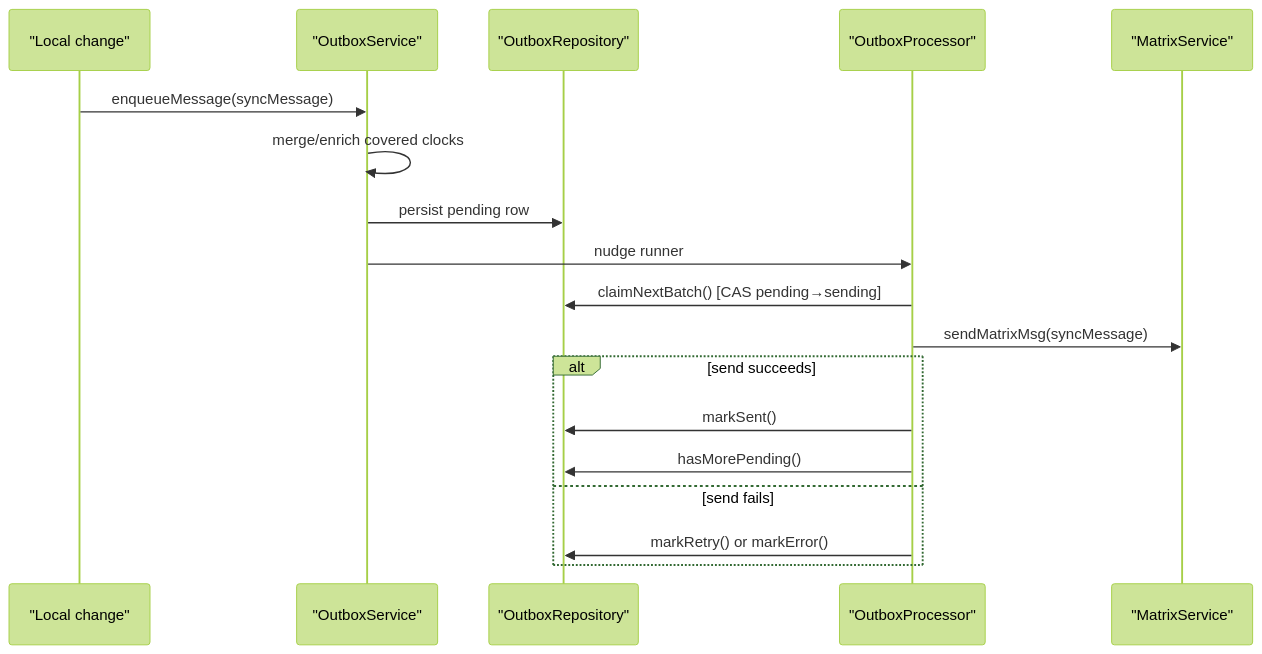
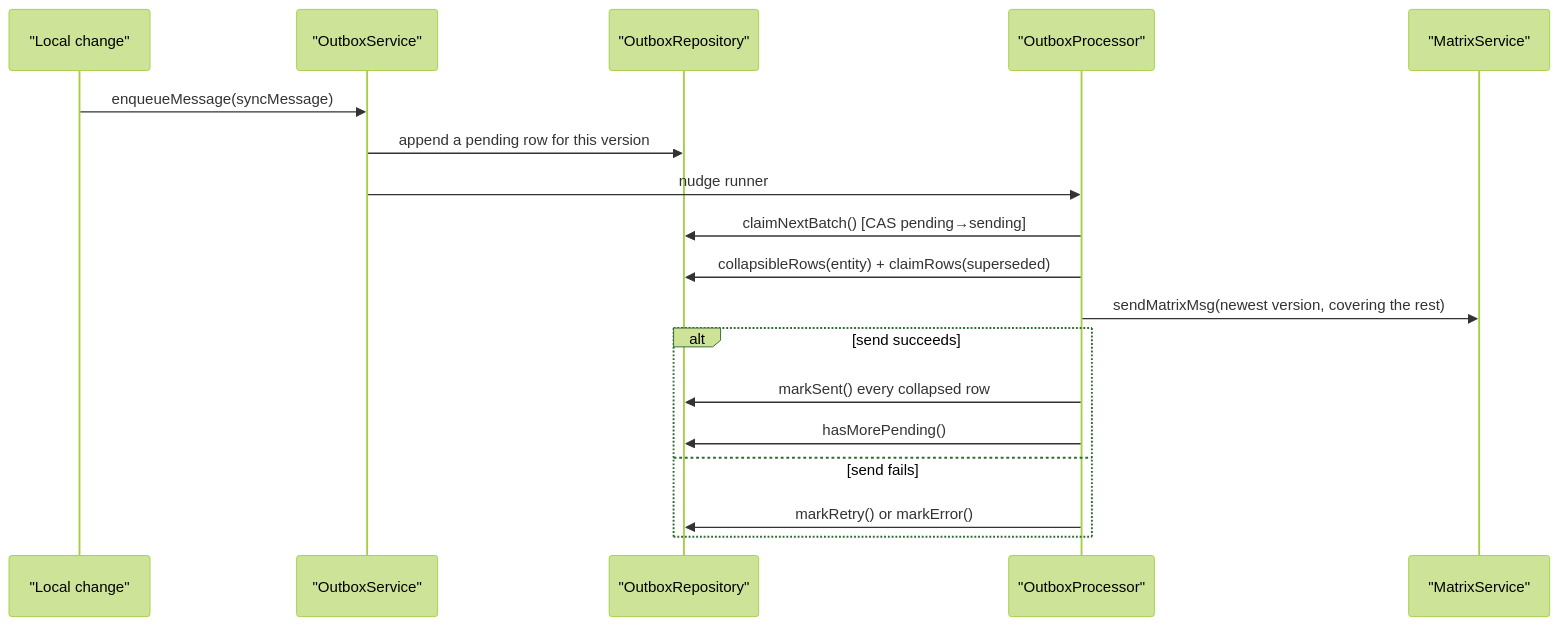
One commit to matthiasn/lotti changed the first of 6 diagrams in knowledge/features/sync/send-path.md. Above: the diagram before and after it, drawn with Mermaid (forest theme). The commit also changed other lines of this file and 49 other files, not shown here.

Commit message:
refactor(sync): append one outbox row per version and collapse at send time (#4489)

````diff
--- a/knowledge/features/sync/send-path.md
+++ b/knowledge/features/sync/send-path.md
@@ -55,21 +64,21 @@
 ```mermaid
 sequenceDiagram
   participant Local as "Local change"
   participant Outbox as "OutboxService"
   participant Repo as "OutboxRepository"
   participant Proc as "OutboxProcessor"
   participant Matrix as "MatrixService"
 
   Local->>Outbox: enqueueMessage(syncMessage)
-  Outbox->>Outbox: merge/enrich covered clocks
-  Outbox->>Repo: persist pending row
+  Outbox->>Repo: append a pending row for this version
   Outbox->>Proc: nudge runner
   Proc->>Repo: claimNextBatch() [CAS pending→sending]
-  Proc->>Matrix: sendMatrixMsg(syncMessage)
+  Proc->>Repo: collapsibleRows(entity) + claimRows(superseded)
+  Proc->>Matrix: sendMatrixMsg(newest version, covering the rest)
   alt send succeeds
-    Proc->>Repo: markSent()
+    Proc->>Repo: markSent() every collapsed row
     Proc->>Repo: hasMorePending()
   else send fails
     Proc->>Repo: markRetry() or markError()
   end
 ```
````
